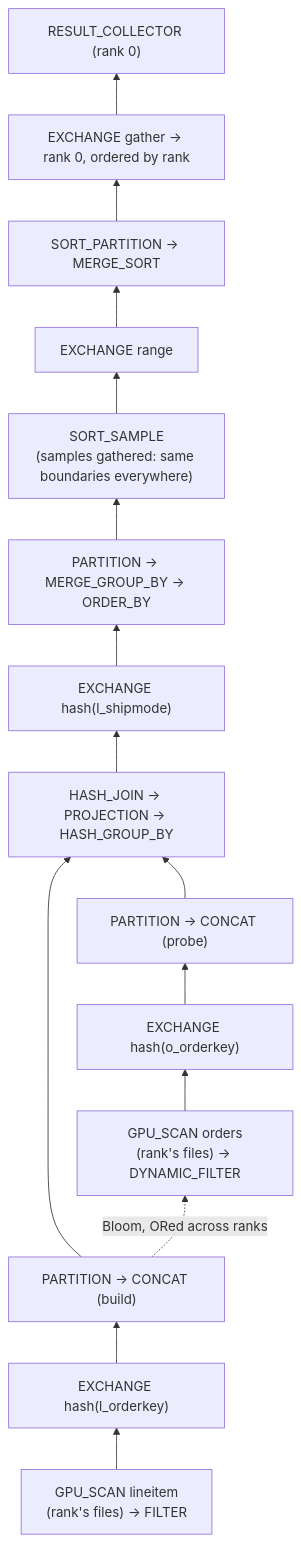
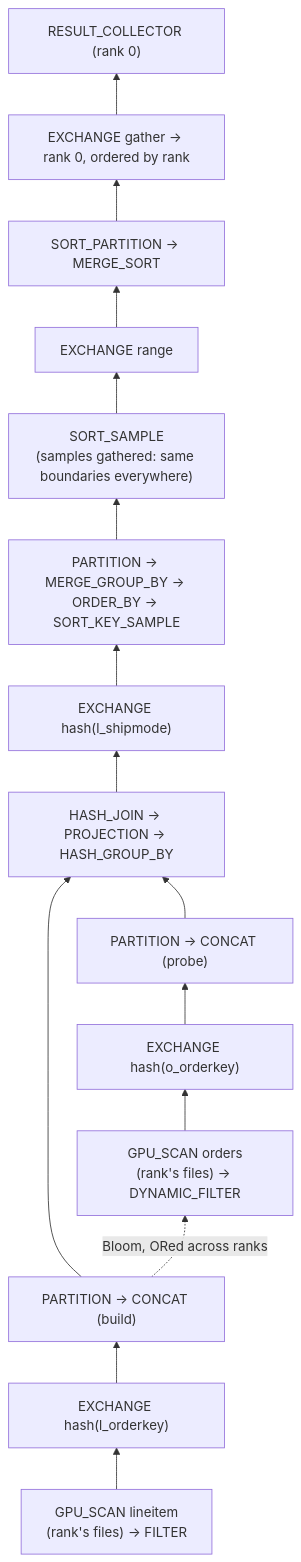
Before and after one commit to sirius-db/sirius: the diagram in docs/super-sirius/distributed-sirius.md, drawn with Mermaid. The commit also changed other lines of this file and 4 other files, not shown here.

First line of the commit message:
docs(sort): describe the SORT_KEY_SAMPLE operator

````diff
--- a/docs/super-sirius/distributed-sirius.md
+++ b/docs/super-sirius/distributed-sirius.md
@@ -36,17 +36,17 @@
 ```mermaid
 flowchart BT
     LS["GPU_SCAN lineitem<br/>(rank's files) → FILTER"] --> LX["EXCHANGE hash(l_orderkey)"]
     LX --> LB["PARTITION → CONCAT (build)"]
     OS["GPU_SCAN orders<br/>(rank's files) → DYNAMIC_FILTER"] --> OX["EXCHANGE hash(o_orderkey)"]
     OX --> OP["PARTITION → CONCAT (probe)"]
     LB --> J["HASH_JOIN → PROJECTION → HASH_GROUP_BY"]
     OP --> J
     LB -. "Bloom, ORed across ranks" .-> OS
     J --> GX["EXCHANGE hash(l_shipmode)"]
-    GX --> M["PARTITION → MERGE_GROUP_BY → ORDER_BY"]
+    GX --> M["PARTITION → MERGE_GROUP_BY → ORDER_BY → SORT_KEY_SAMPLE"]
     M --> SS["SORT_SAMPLE<br/>(samples gathered: same boundaries everywhere)"]
     SS --> RX["EXCHANGE range"]
     RX --> SP["SORT_PARTITION → MERGE_SORT"]
     SP --> FX["EXCHANGE gather → rank 0, ordered by rank"]
     FX --> RC["RESULT_COLLECTOR (rank 0)"]
 ```
````
